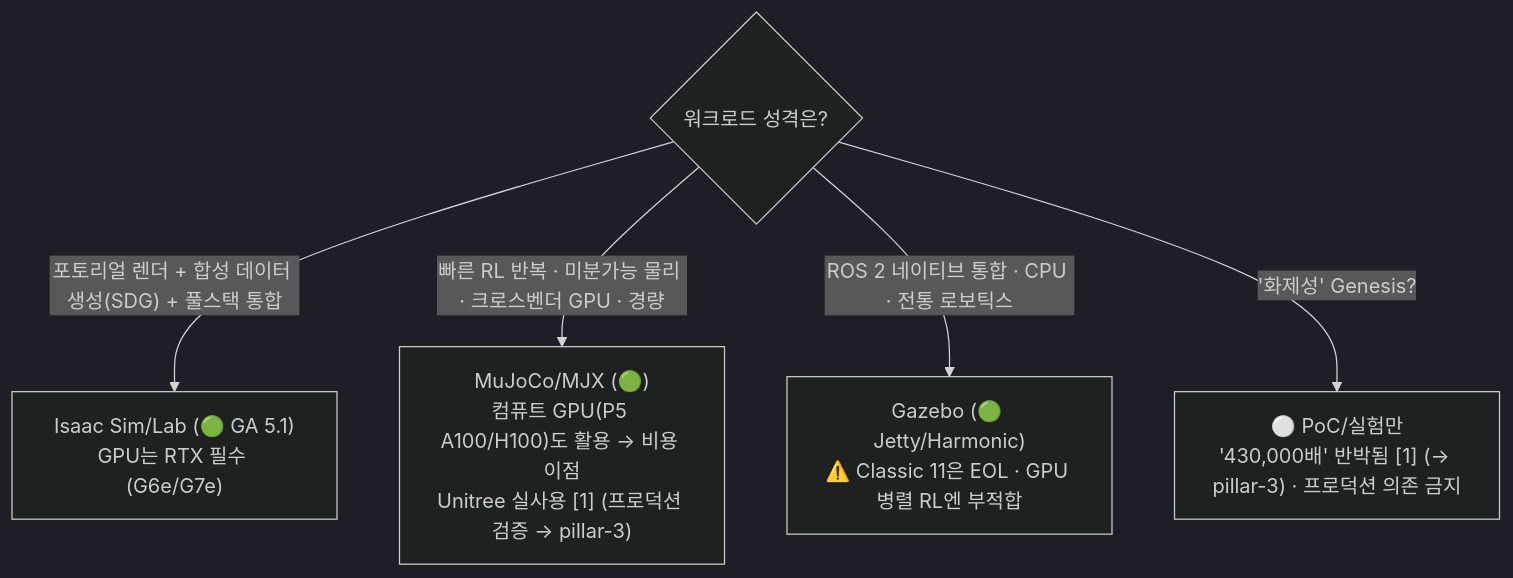
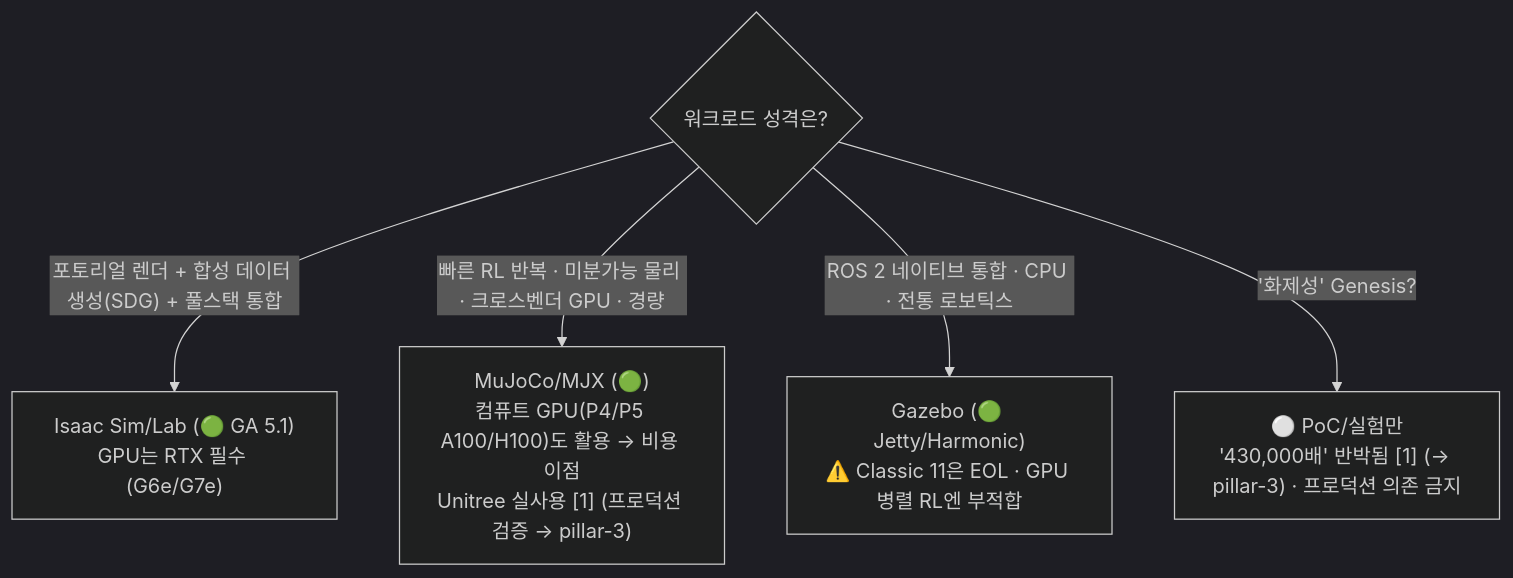
The first of 2 diagrams in docs/decisions.md (comeddy/pai-playbook), drawn with Mermaid (dark theme) before and after one commit. The commit also changed other lines of this file and 79 other files, not shown here.

````diff
--- a/docs/decisions.md
+++ b/docs/decisions.md
@@ -43,8 +33,8 @@
 ```mermaid
 graph TD
     Q{워크로드 성격은?}
     Q -- "포토리얼 렌더 + 합성 데이터 생성(SDG) + 풀스택 통합" --> ISAAC["Isaac Sim/Lab (🟢 GA 5.1)<br>GPU는 RTX 필수 (G6e/G7e)"]
-    Q -- "빠른 RL 반복 · 미분가능 물리 · 크로스벤더 GPU · 경량" --> MUJOCO["MuJoCo/MJX (🟢)<br>컴퓨트 GPU(P5 A100/H100)도 활용 → 비용 이점<br>Unitree 실사용 [1] (프로덕션 검증 → pillar-3)"]
+    Q -- "빠른 RL 반복 · 미분가능 물리 · 크로스벤더 GPU · 경량" --> MUJOCO["MuJoCo/MJX (🟢)<br>컴퓨트 GPU(P4/P5 A100/H100)도 활용 → 비용 이점<br>Unitree 실사용 [1] (프로덕션 검증 → pillar-3)"]
     Q -- "ROS 2 네이티브 통합 · CPU · 전통 로보틱스" --> GAZEBO["Gazebo (🟢 Jetty/Harmonic)<br>⚠️ Classic 11은 EOL · GPU 병렬 RL엔 부적합"]
     Q -- "'화제성' Genesis?" --> GENESIS["⚪ PoC/실험만<br>'430,000배' 반박됨 [1] (→ pillar-3) · 프로덕션 의존 금지"]
 ```
````
